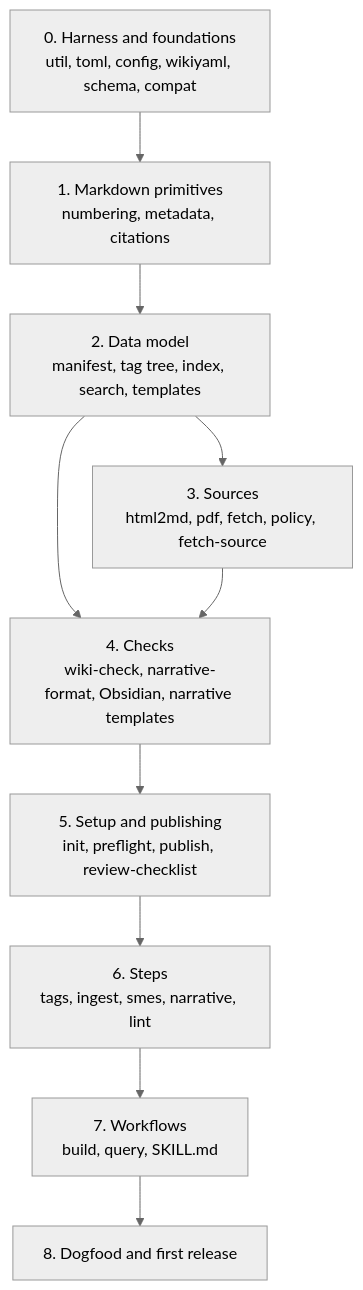
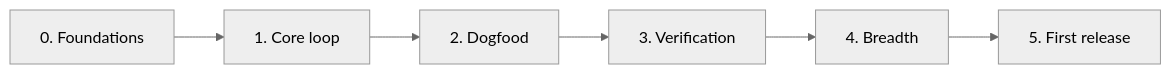
The diagram in docs/skill_execution_plan.md (mengjiasun1992/structural-llm-wiki), drawn with Mermaid (neutral theme) before and after one commit. The commit also changed other lines of this file and 5 other files, not shown here.

````diff
--- a/docs/skill_execution_plan.md
+++ b/docs/skill_execution_plan.md
@@ -93,15 +78,4 @@
 ```mermaid
-graph TD
-    P0["0. Harness and foundations<br/>util, toml, config, wikiyaml, schema, compat"]
-    P1["1. Markdown primitives<br/>numbering, metadata, citations"]
-    P2["2. Data model<br/>manifest, tag tree, index, search, templates"]
-    P3["3. Sources<br/>html2md, pdf, fetch, policy, fetch-source"]
-    P4["4. Checks<br/>wiki-check, narrative-format, Obsidian, narrative templates"]
-    P5["5. Setup and publishing<br/>init, preflight, publish, review-checklist"]
-    P6["6. Steps<br/>tags, ingest, smes, narrative, lint"]
-    P7["7. Workflows<br/>build, query, SKILL.md"]
-    P8["8. Dogfood and first release"]
-    P0 --> P1 --> P2 --> P4
-    P2 --> P3 --> P4
-    P4 --> P5 --> P6 --> P7 --> P8
+graph LR
+    P0["0. Foundations"] --> P1["1. Core loop"] --> P2["2. Dogfood"] --> P3["3. Verification"] --> P4["4. Breadth"] --> P5["5. First release"]
 ```
````
